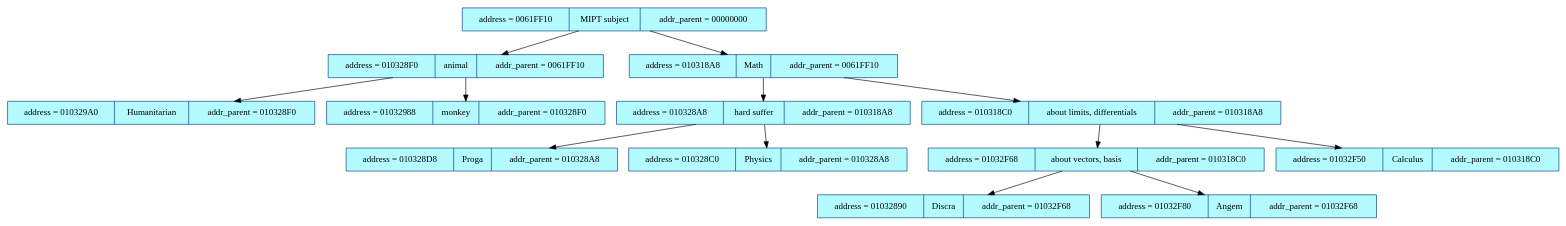
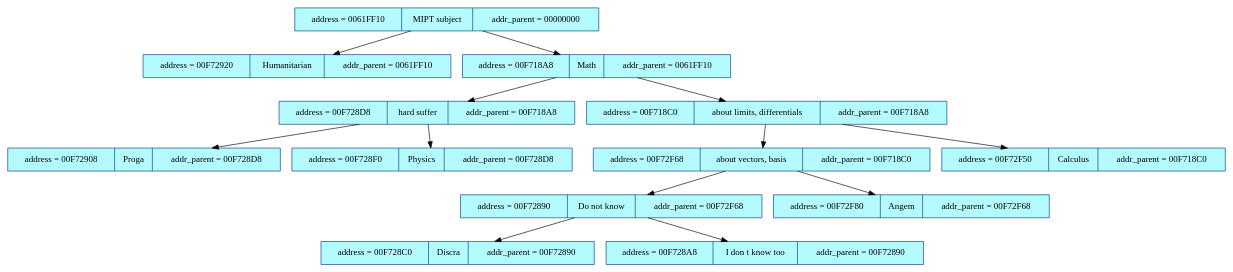
The diagram in dump.dot (Dariazeml1007/Tree), drawn with Graphviz before and after one commit. The commit also changed 10 other files, not shown here.

```diff
--- a/dump.dot
+++ b/dump.dot
@@ -1,31 +1,31 @@
 digraph structs {
 rankdir=HR;
 node[color= "#003A8C",style="filled", fillcolor="#B4FBFF", fontsize=14];
 edge[color="black", weight = 9,fontsize=14];
 el_0061FF10 [shape=record, label= "address = 0061FF10|MIPT subject| addr_parent = 00000000"];
-el_010328F0 [shape=record, label= "address = 010328F0|animal| addr_parent = 0061FF10"];
-el_010329A0 [shape=record, label= "address = 010329A0|Humanitarian| addr_parent = 010328F0"];
-el_01032988 [shape=record, label= "address = 01032988|monkey| addr_parent = 010328F0"];
-el_010318A8 [shape=record, label= "address = 010318A8|Math| addr_parent = 0061FF10"];
-el_010328A8 [shape=record, label= "address = 010328A8|hard suffer| addr_parent = 010318A8"];
-el_010328D8 [shape=record, label= "address = 010328D8|Proga| addr_parent = 010328A8"];
-el_010328C0 [shape=record, label= "address = 010328C0|Physics| addr_parent = 010328A8"];
-el_010318C0 [shape=record, label= "address = 010318C0|about limits, differentials| addr_parent = 010318A8"];
-el_01032F68 [shape=record, label= "address = 01032F68|about vectors, basis| addr_parent = 010318C0"];
-el_01032890 [shape=record, label= "address = 01032890|Discra| addr_parent = 01032F68"];
-el_01032F80 [shape=record, label= "address = 01032F80|Angem| addr_parent = 01032F68"];
-el_01032F50 [shape=record, label= "address = 01032F50|Calculus| addr_parent = 010318C0"];
-el_0061FF10->el_010328F0;
-el_010328F0->el_010329A0;
-el_010328F0->el_01032988;
-el_0061FF10->el_010318A8;
-el_010318A8->el_010328A8;
-el_010328A8->el_010328D8;
-el_010328A8->el_010328C0;
-el_010318A8->el_010318C0;
-el_010318C0->el_01032F68;
-el_01032F68->el_01032890;
-el_01032F68->el_01032F80;
-el_010318C0->el_01032F50;
+el_00F72920 [shape=record, label= "address = 00F72920|Humanitarian| addr_parent = 0061FF10"];
+el_00F718A8 [shape=record, label= "address = 00F718A8|Math| addr_parent = 0061FF10"];
+el_00F728D8 [shape=record, label= "address = 00F728D8|hard suffer| addr_parent = 00F718A8"];
+el_00F72908 [shape=record, label= "address = 00F72908|Proga| addr_parent = 00F728D8"];
+el_00F728F0 [shape=record, label= "address = 00F728F0|Physics| addr_parent = 00F728D8"];
+el_00F718C0 [shape=record, label= "address = 00F718C0|about limits, differentials| addr_parent = 00F718A8"];
+el_00F72F68 [shape=record, label= "address = 00F72F68|about vectors, basis| addr_parent = 00F718C0"];
+el_00F72890 [shape=record, label= "address = 00F72890|Do not know| addr_parent = 00F72F68"];
+el_00F728C0 [shape=record, label= "address = 00F728C0|Discra| addr_parent = 00F72890"];
+el_00F728A8 [shape=record, label= "address = 00F728A8|I don t know too| addr_parent = 00F72890"];
+el_00F72F80 [shape=record, label= "address = 00F72F80|Angem| addr_parent = 00F72F68"];
+el_00F72F50 [shape=record, label= "address = 00F72F50|Calculus| addr_parent = 00F718C0"];
+el_0061FF10->el_00F72920;
+el_0061FF10->el_00F718A8;
+el_00F718A8->el_00F728D8;
+el_00F728D8->el_00F72908;
+el_00F728D8->el_00F728F0;
+el_00F718A8->el_00F718C0;
+el_00F718C0->el_00F72F68;
+el_00F72F68->el_00F72890;
+el_00F72890->el_00F728C0;
+el_00F72890->el_00F728A8;
+el_00F72F68->el_00F72F80;
+el_00F718C0->el_00F72F50;
 
 }
```
